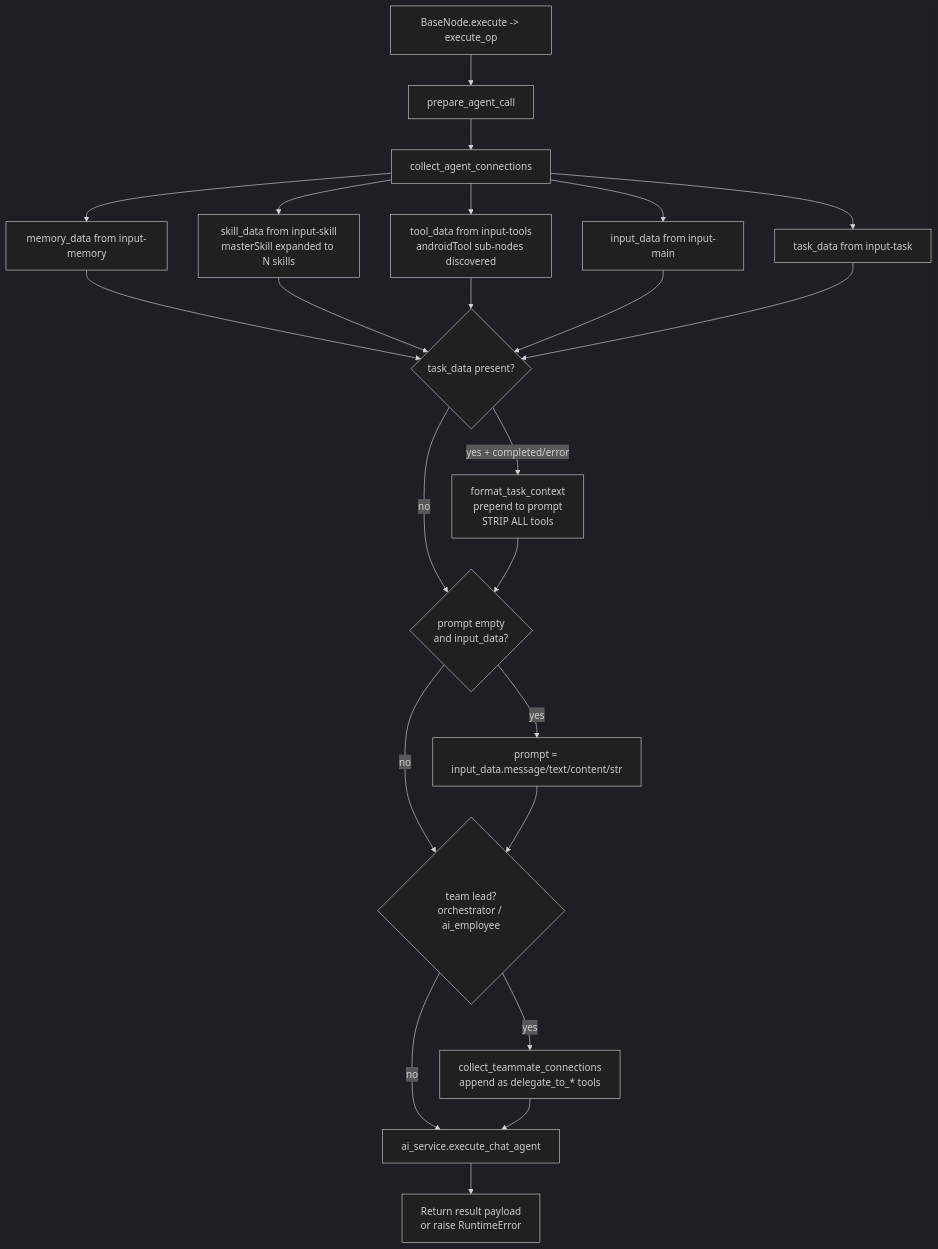
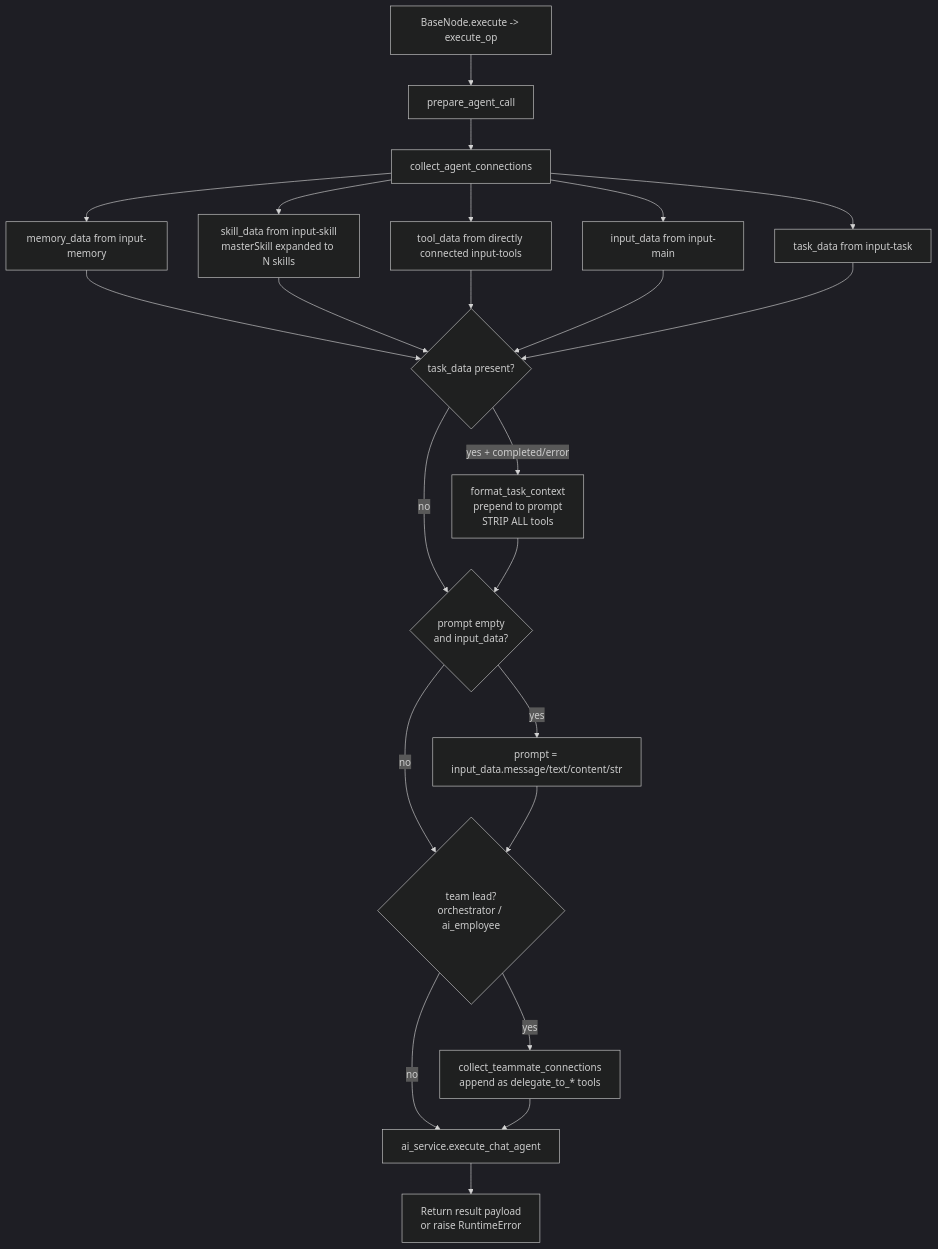
The diagram in docs-internal/node-logic-flows/specialized_agents/_pattern.md (zeenie-ai/OpenCompany), drawn with Mermaid (dark theme) before and after one commit. The commit also changed 63 other files, not shown here.

Commit message:
feat: enable direct Android agent tools

````diff
--- a/docs-internal/node-logic-flows/specialized_agents/_pattern.md
+++ b/docs-internal/node-logic-flows/specialized_agents/_pattern.md
@@ -105,25 +105,25 @@
 ```mermaid
 flowchart TD
   A[BaseNode.execute -> execute_op] --> P[prepare_agent_call]
   P --> B[collect_agent_connections]
   B --> B1[memory_data from input-memory]
   B --> B2[skill_data from input-skill<br/>masterSkill expanded to N skills]
-  B --> B3[tool_data from input-tools<br/>androidTool sub-nodes discovered]
+  B --> B3[tool_data from directly connected input-tools]
   B --> B4[input_data from input-main]
   B --> B5[task_data from input-task]
   B1 --> C{task_data present?}
   B2 --> C
   B3 --> C
   B4 --> C
   B5 --> C
   C -- yes + completed/error --> D[format_task_context<br/>prepend to prompt<br/>STRIP ALL tools]
   C -- no --> E{prompt empty<br/>and input_data?}
   D --> E
   E -- yes --> F[prompt = input_data.message/text/content/str]
   E -- no --> G{team lead?<br/>orchestrator / ai_employee}
   F --> G
   G -- yes --> H[collect_teammate_connections<br/>append as delegate_to_* tools]
   G -- no --> I[ai_service.execute_chat_agent]
   H --> I
   I --> J[Return result payload<br/>or raise RuntimeError]
 ```
````
